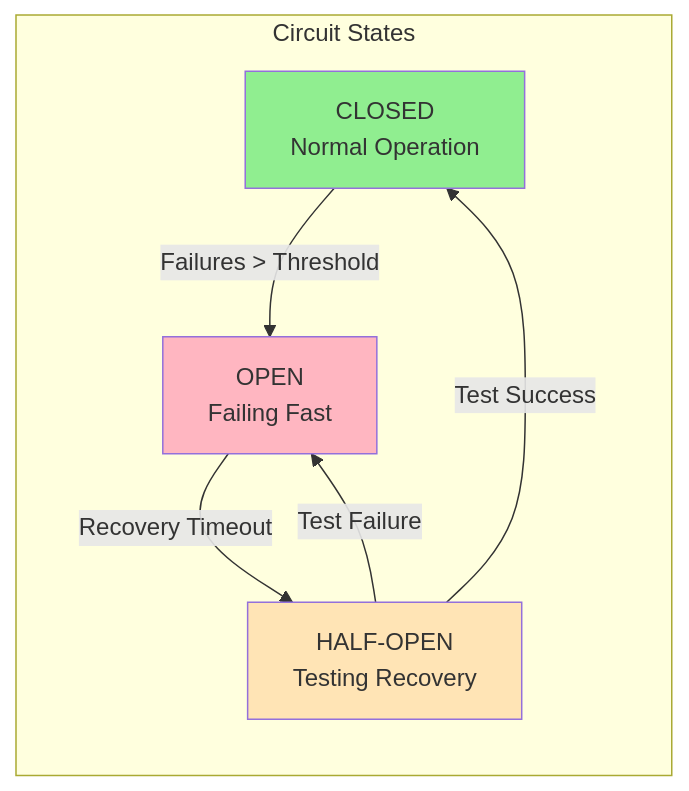
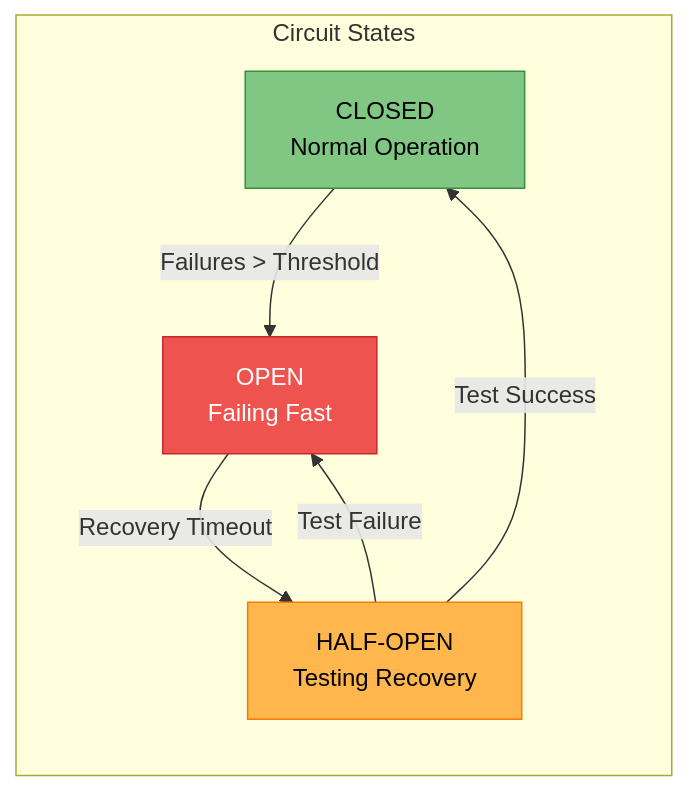
Before and after one commit to deepaucksharma/DStudio: the second of 14 diagrams in docs/patterns/circuit-breaker.md, drawn with Mermaid. The commit also changed other lines of this file and 43 other files, not shown here.

````diff
--- a/docs/patterns/circuit-breaker.md
+++ b/docs/patterns/circuit-breaker.md
@@ -105,17 +107,20 @@
 ```mermaid
 graph LR
     subgraph "Circuit States"
         C[CLOSED<br/>Normal Operation]
         O[OPEN<br/>Failing Fast]
         H[HALF-OPEN<br/>Testing Recovery]
     end
     
     C -->|"Failures > Threshold"| O
     O -->|"Recovery Timeout"| H
     H -->|"Test Success"| C
     H -->|"Test Failure"| O
     
-    style C fill:#90EE90
-    style O fill:#FFB6C1
-    style H fill:#FFE4B5
+    classDef closed fill:#81c784,stroke:#388e3c,color:#000
+    classDef open fill:#ef5350,stroke:#c62828,color:#fff
+    classDef halfopen fill:#ffb74d,stroke:#f57c00,color:#000
+    class C closed
+    class O open
+    class H halfopen
 ```
````
